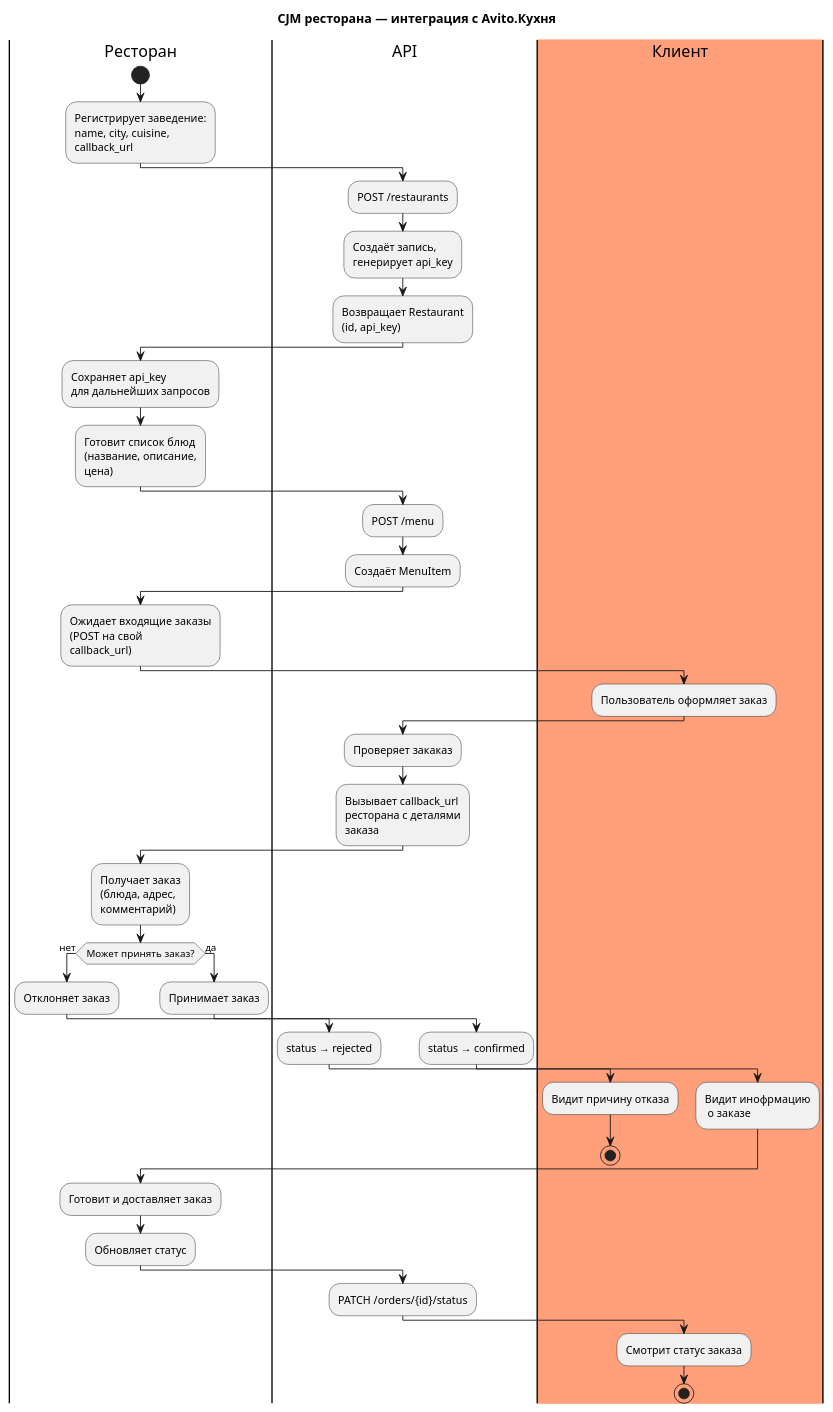
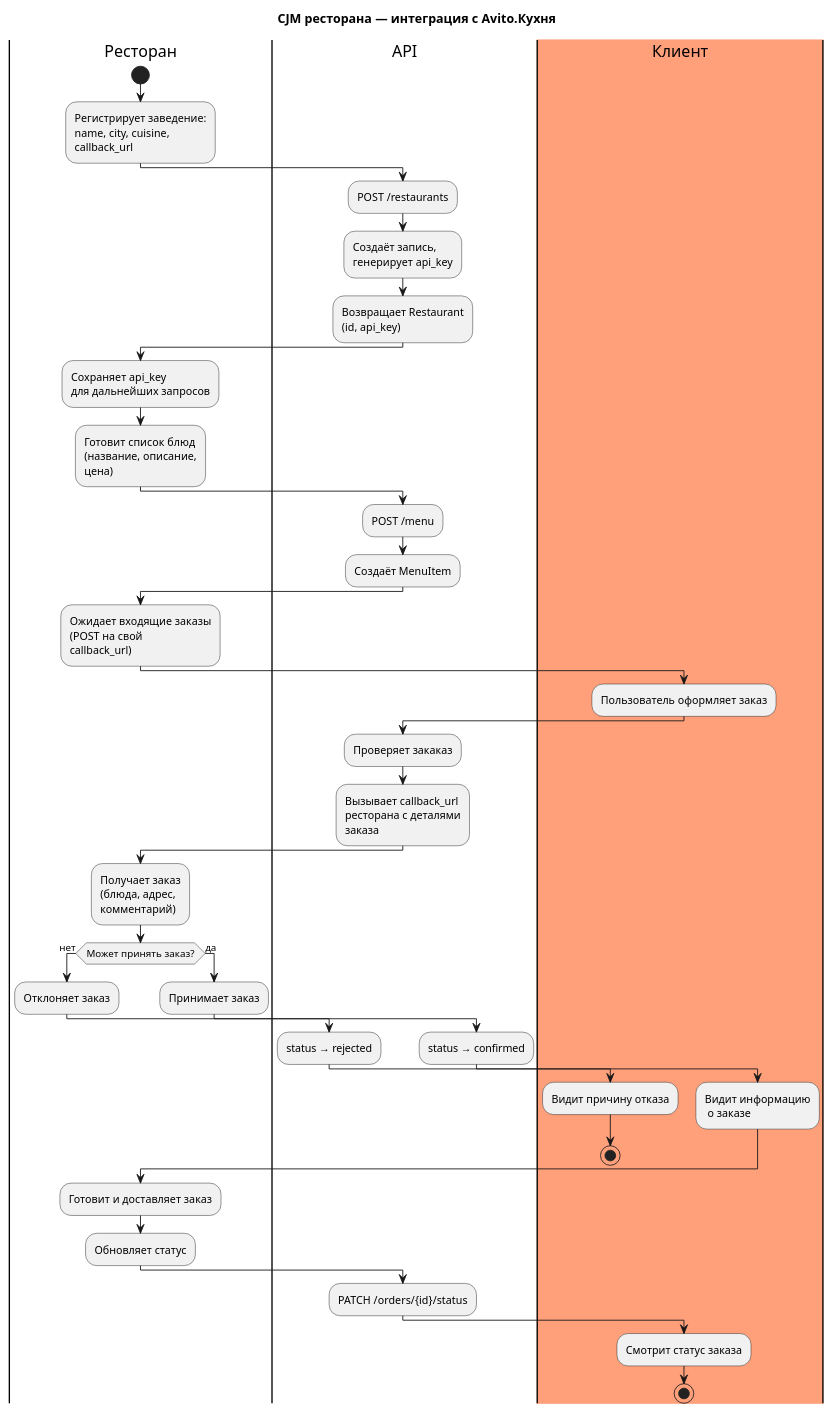
The diagram in docs/restaurant.puml (apple5343/avito), drawn with PlantUML before and after one commit. The commit also changed 11 other files, not shown here.

```diff
--- a/docs/restaurant.puml
+++ b/docs/restaurant.puml
@@ -1,59 +1,59 @@
 @startuml cjm_restaurant
 title CJM ресторана — интеграция с Avito.Кухня
 
 |Ресторан|
 start
 :Регистрирует заведение:\nname, city, cuisine,\ncallback_url;
 
 |API|
 :POST /restaurants;
 :Создаёт запись,\nгенерирует api_key;
 :Возвращает Restaurant\n(id, api_key);
 
 |Ресторан|
 :Сохраняет api_key\nдля дальнейших запросов;
 
 :Готовит список блюд\n(название, описание,\nцена);
 |API|
 :POST /menu;
 :Создаёт MenuItem;
 
 |Ресторан|
 :Ожидает входящие заказы\n(POST на свой\ncallback_url);
 
 |#LightSalmon|Клиент|
 :Пользователь оформляет заказ;
 |API|
 :Проверяет закаказ;
 :Вызывает callback_url\nресторана с деталями\nзаказа;
 
 |Ресторан|
 :Получает заказ\n(блюда, адрес,\nкомментарий);
 
 if (Может принять заказ?) then (нет)
   :Отклоняет заказ;
   |API|
   :status → rejected;
   |Клиент|
   :Видит причину отказа;
   stop
 else (да)
   |Ресторан|
   :Принимает заказ;
   |API|
   :status → confirmed;
   |Клиент|
-  :Видит инофрмацию\n о заказе;
+  :Видит информацию\n о заказе;
 endif
 
 |Ресторан|
 :Готовит и доставляет заказ;
 :Обновляет статус;
 |API|
 :PATCH /orders/{id}/status;
 |Клиент|
 :Смотрит статус заказа;
 
 stop
 
 @enduml
```
